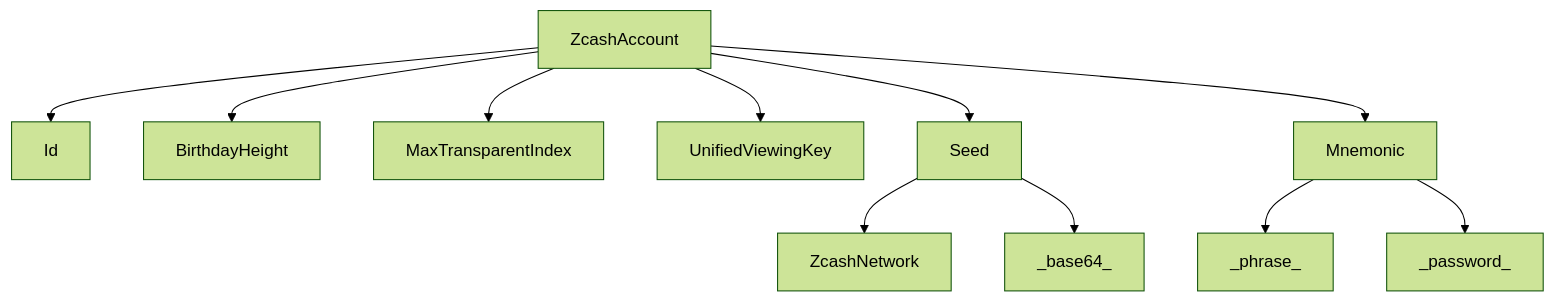
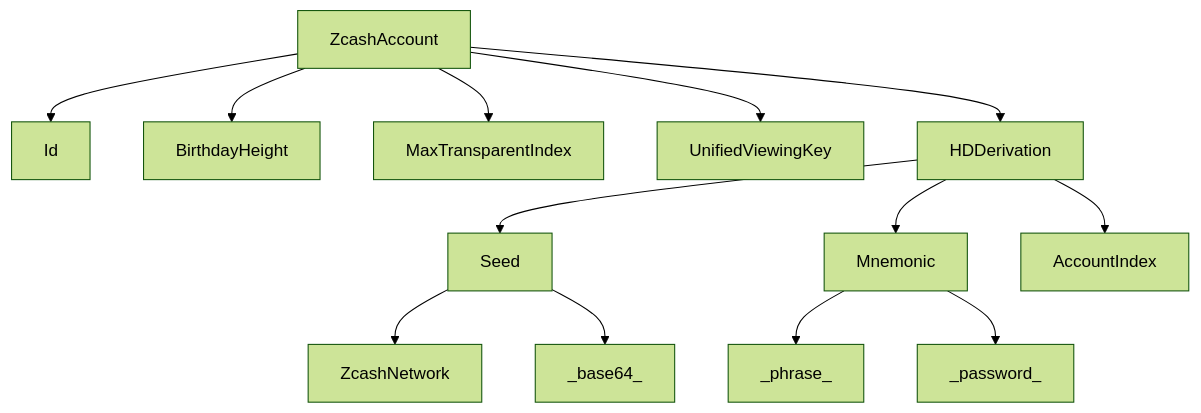
One commit to zingolabs/zcash-wallet-formats changed the second of 2 diagrams in ezcash/README.md. Above: the diagram before and after it, drawn with Mermaid (forest theme). The commit also changed other lines of this file, not shown here.

Commit message:
eZcash diagram improvements

````diff
--- a/ezcash/README.md
+++ b/ezcash/README.md
@@ -86,16 +90,19 @@
 ```mermaid
 flowchart TB
 
 ZcashAccount --> Id
 ZcashAccount --> BirthdayHeight
 ZcashAccount --> MaxTransparentIndex
 ZcashAccount --> UnifiedViewingKey
-ZcashAccount --> Seed
-ZcashAccount --> Mnemonic
+ZcashAccount --> HDDerivation
+
+HDDerivation --> Seed
+HDDerivation --> Mnemonic
+HDDerivation --> AccountIndex
 
 Seed --> ZcashNetwork
 Seed --> _base64_
 
 Mnemonic --> _phrase_
 Mnemonic --> _password_
 ```
````
